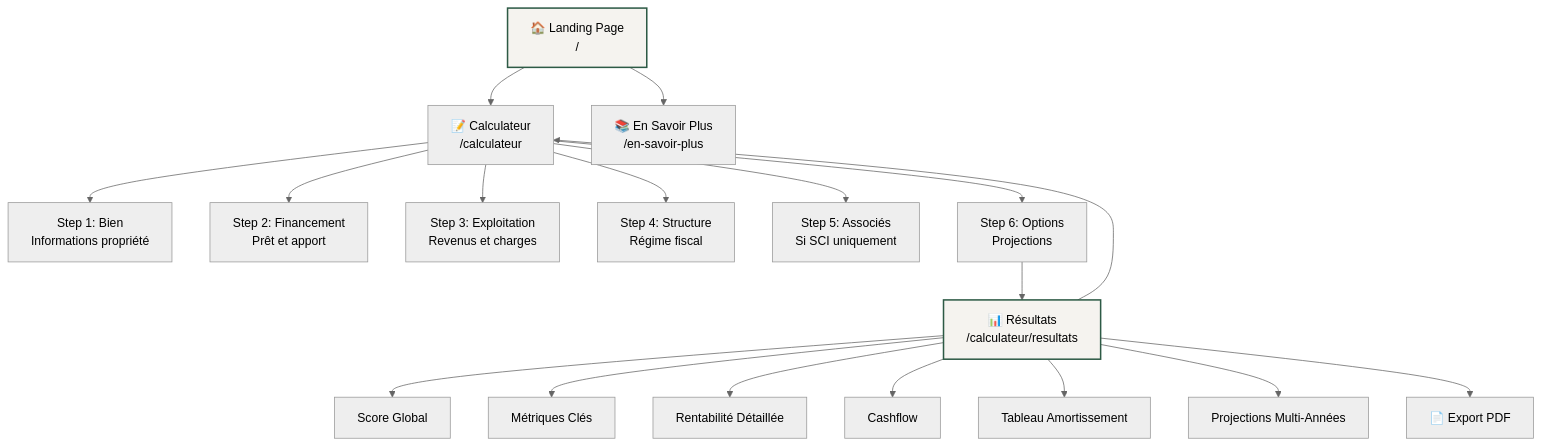
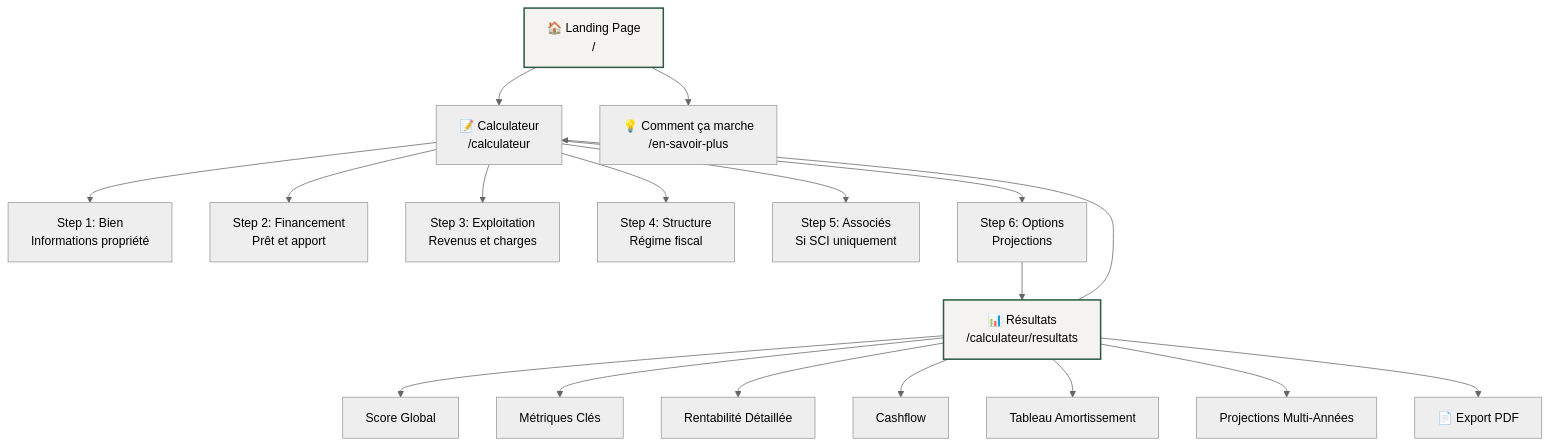
The first of 5 diagrams in docs/ux/front-end-spec.md (ATCHON/Renta_Immo), drawn with Mermaid (neutral theme) before and after one commit. The commit also changed other lines of this file and 5 other files, not shown here.

First line of the commit message:
docs(rename): renommer 'En savoir plus' en 'Comment ca marche' dans les docs et le code

````diff
--- a/docs/ux/front-end-spec.md
+++ b/docs/ux/front-end-spec.md
@@ -87,27 +90,27 @@
 ```mermaid
 graph TD
     A[🏠 Landing Page<br/>/] --> B[📝 Calculateur<br/>/calculateur]
-    A --> C[📚 En Savoir Plus<br/>/en-savoir-plus]
+    A --> C[💡 Comment ça marche<br/>/en-savoir-plus]
 
     B --> B1[Step 1: Bien<br/>Informations propriété]
     B --> B2[Step 2: Financement<br/>Prêt et apport]
     B --> B3[Step 3: Exploitation<br/>Revenus et charges]
     B --> B4[Step 4: Structure<br/>Régime fiscal]
     B --> B5[Step 5: Associés<br/>Si SCI uniquement]
     B --> B6[Step 6: Options<br/>Projections]
 
     B6 --> D[📊 Résultats<br/>/calculateur/resultats]
 
     D --> D1[Score Global]
     D --> D2[Métriques Clés]
     D --> D3[Rentabilité Détaillée]
     D --> D4[Cashflow]
     D --> D5[Tableau Amortissement]
     D --> D6[Projections Multi-Années]
 
     D --> E[📄 Export PDF]
     D --> B
 
     style A fill:#F5F3EF,stroke:#2D5A45,stroke-width:2px
     style D fill:#F5F3EF,stroke:#2D5A45,stroke-width:2px
 ```
````
